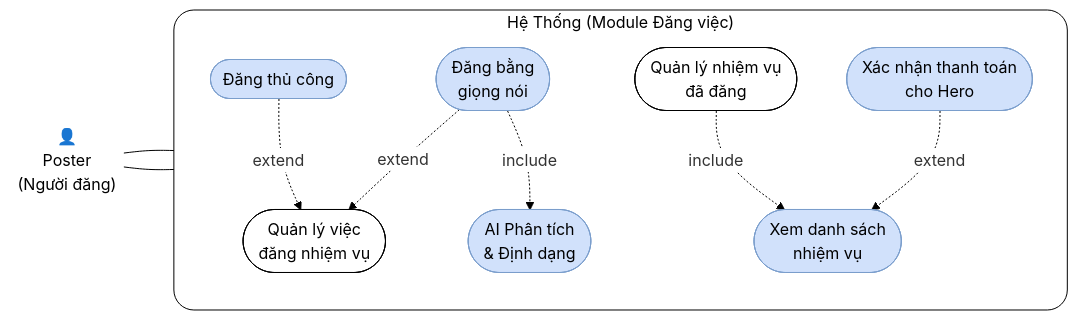
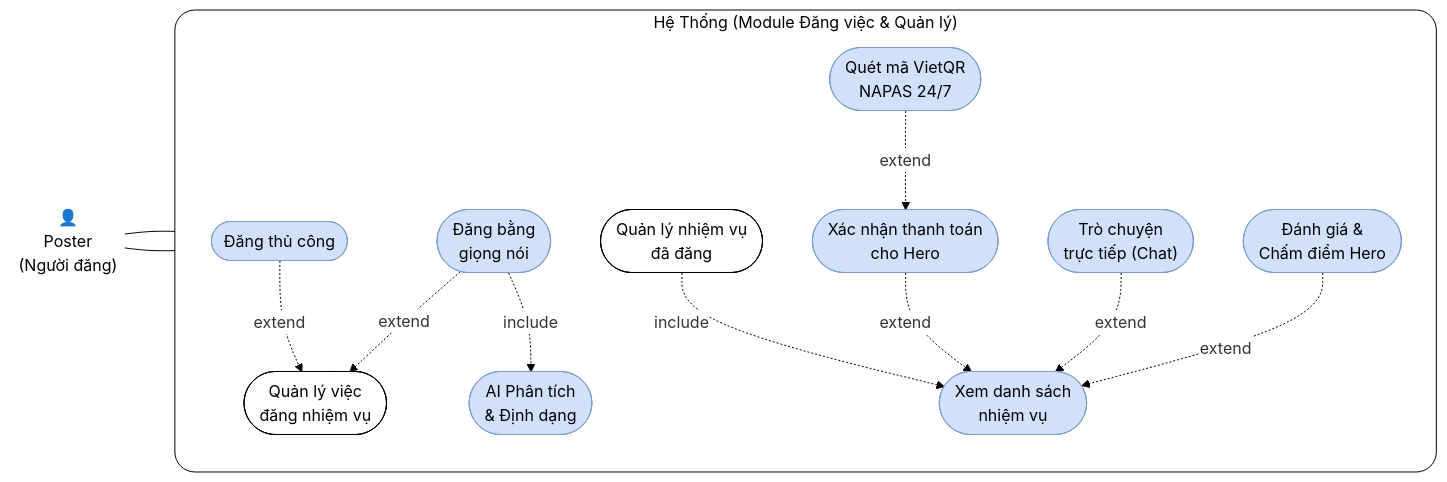
Before and after one commit to nguyenhung2k5/Mobile_App: the fourth of 5 diagrams in Use_Case_Diagrams.md, drawn with Mermaid. The commit also changed other lines of this file and 6 other files, not shown here.

````diff
--- a/Use_Case_Diagrams.md
+++ b/Use_Case_Diagrams.md
@@ -144,34 +144,40 @@
 ```mermaid
 %%{init: {'theme':'base', 'themeVariables': {'primaryColor':'#ffffff', 'primaryBorderColor':'#000000', 'lineColor':'#000000'}}}%%
 flowchart LR
     Poster(("👤<br/>Poster<br/>(Người đăng)")):::actor
     
-    subgraph Sys3 ["Hệ Thống (Module Đăng việc)"]
+    subgraph Sys3 ["Hệ Thống (Module Đăng việc & Quản lý)"]
         direction TB
         
         UC8(["Quản lý việc<br/>đăng nhiệm vụ"]):::mainUC
         UC9(["Quản lý nhiệm vụ<br/>đã đăng"]):::mainUC
         
         UC_8_1(["Đăng thủ công"]):::subUC
         UC_8_2(["Đăng bằng<br/>giọng nói"]):::subUC
         UC_8_3(["AI Phân tích<br/>& Định dạng"]):::subUC
         
         UC_9_1(["Xem danh sách<br/>nhiệm vụ"]):::subUC
         UC_9_2(["Xác nhận thanh toán<br/>cho Hero"]):::subUC
+        UC_9_3(["Quét mã VietQR<br/>NAPAS 24/7"]):::subUC
+        UC_9_4(["Trò chuyện<br/>trực tiếp (Chat)"]):::subUC
+        UC_9_5(["Đánh giá &<br/>Chấm điểm Hero"]):::subUC
         
         UC_8_1 -. "extend" .-> UC8
         UC_8_2 -. "extend" .-> UC8
         UC_8_2 -. "include" .-> UC_8_3
         
         UC9 -. "include" .-> UC_9_1
         UC_9_2 -. "extend" .-> UC_9_1
+        UC_9_3 -. "extend" .-> UC_9_2
+        UC_9_4 -. "extend" .-> UC_9_1
+        UC_9_5 -. "extend" .-> UC_9_1
     end
     
     Poster --- UC8
     Poster --- UC9
     
     classDef actor fill:transparent,stroke:none,color:#000000;
     classDef mainUC fill:#ffffff,stroke:#000000,stroke-width:1px,color:#000000;
     classDef subUC fill:#d1e1fb,stroke:#7b9ecc,stroke-width:1px,color:#000000;
     style Sys3 fill:transparent,stroke:#000000,stroke-width:1px,rx:20,ry:20
 ```
````
